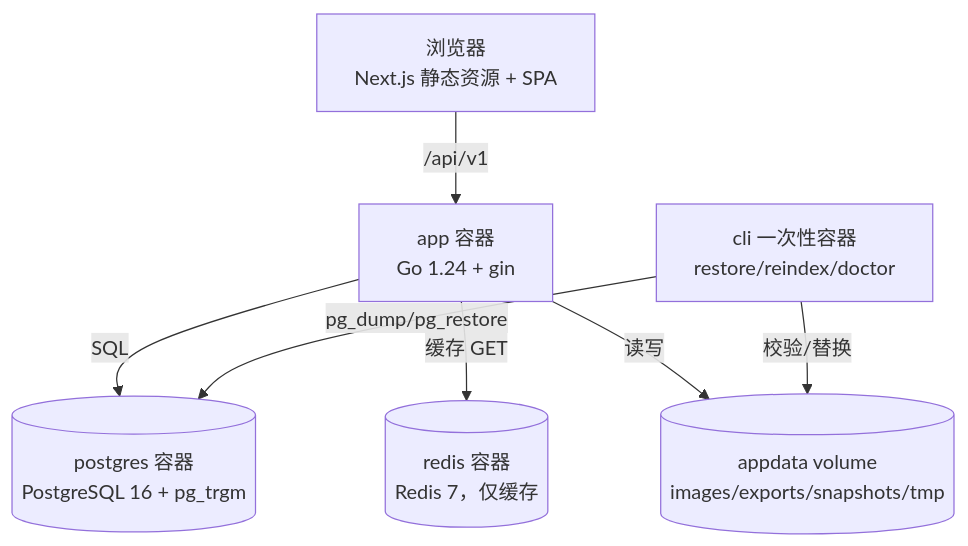
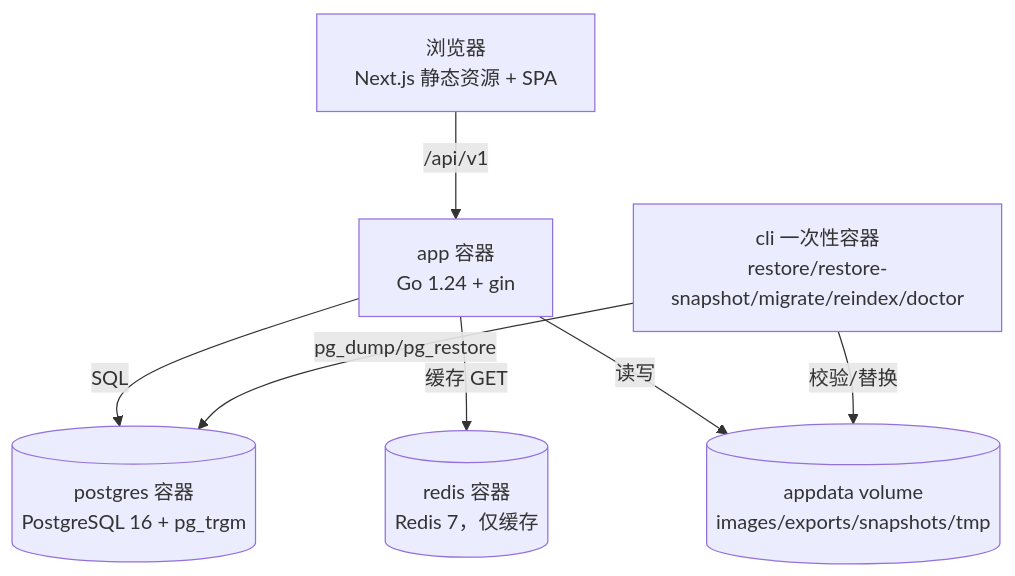
Before and after one commit to rose-ja/novel-management: the second of 7 diagrams in project/architecture.md, drawn with Mermaid. The commit also changed other lines of this file and 31 other files, not shown here.

````diff
--- a/project/architecture.md
+++ b/project/architecture.md
@@ -97,9 +97,9 @@
 ```mermaid
 flowchart TB
   B[浏览器<br/>Next.js 静态资源 + SPA] -->|/api/v1| A[app 容器<br/>Go 1.24 + gin]
   A -->|SQL| P[(postgres 容器<br/>PostgreSQL 16 + pg_trgm)]
   A -->|缓存 GET| R[(redis 容器<br/>Redis 7，仅缓存)]
   A -->|读写| V[(appdata volume<br/>images/exports/snapshots/tmp)]
-  C[cli 一次性容器<br/>restore/reindex/doctor] -->|pg_dump/pg_restore| P
+  C[cli 一次性容器<br/>restore/restore-snapshot/migrate/reindex/doctor] -->|pg_dump/pg_restore| P
   C -->|校验/替换| V
 ```
````
